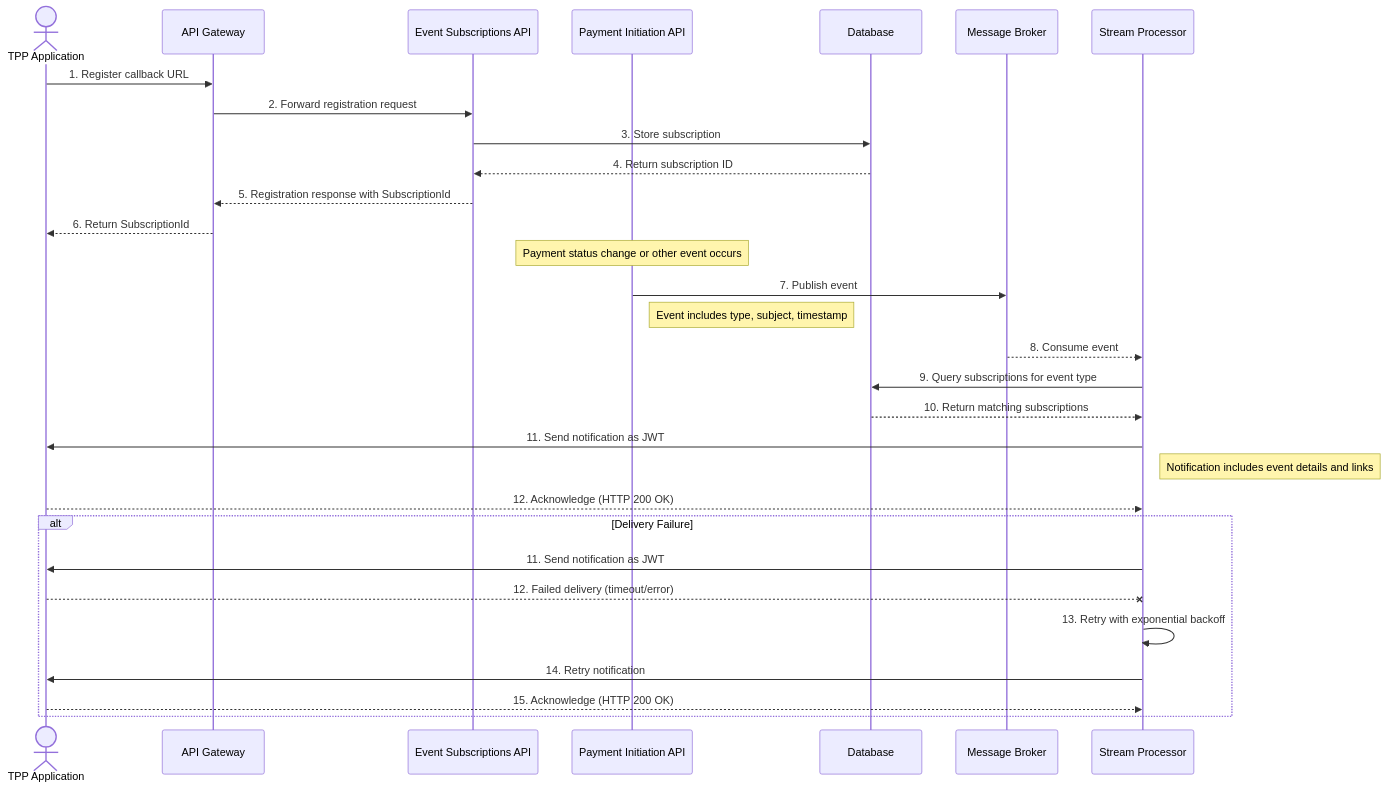
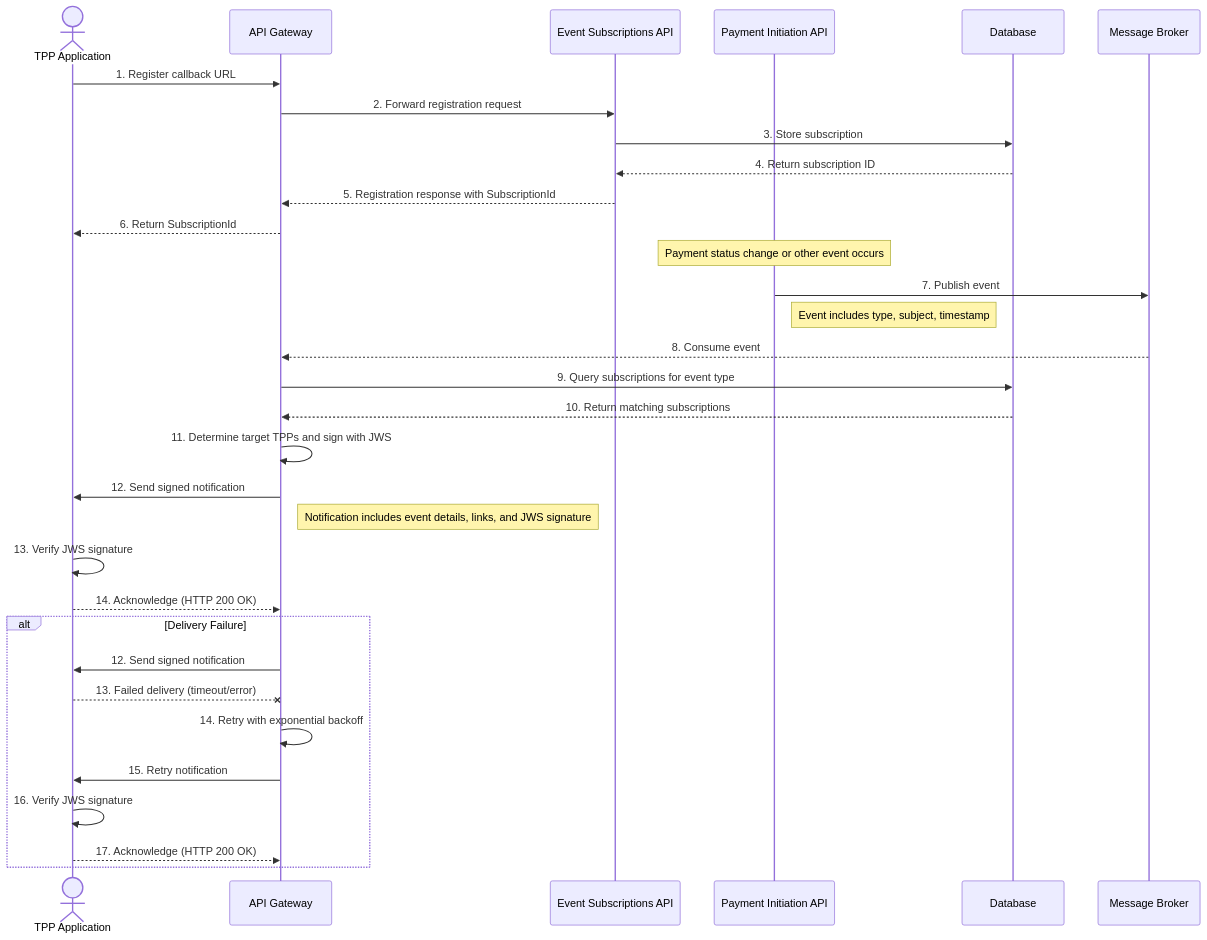
The diagram in docs/architecture-diagrams/event-notification-sequence-diagram.md (TykTechnologies/tyk-fapi), drawn with Mermaid before and after one commit. The commit also changed other lines of this file and 2 other files, not shown here.

````diff
--- a/docs/architecture-diagrams/event-notification-sequence-diagram.md
+++ b/docs/architecture-diagrams/event-notification-sequence-diagram.md
@@ -5,42 +5,44 @@
 ```mermaid
 sequenceDiagram
     actor TPP as TPP Application
     participant Gateway as API Gateway
     participant EventAPI as Event Subscriptions API
     participant PaymentAPI as Payment Initiation API
     participant DB as Database
     participant Kafka as Message Broker
-    participant Stream as Stream Processor
     
     %% Subscription Registration
     TPP->>Gateway: 1. Register callback URL
     Gateway->>EventAPI: 2. Forward registration request
     EventAPI->>DB: 3. Store subscription
     DB-->>EventAPI: 4. Return subscription ID
     EventAPI-->>Gateway: 5. Registration response with SubscriptionId
     Gateway-->>TPP: 6. Return SubscriptionId
     
     %% Event Generation
     Note over PaymentAPI: Payment status change or other event occurs
     PaymentAPI->>Kafka: 7. Publish event
     Note right of PaymentAPI: Event includes type, subject, timestamp
     
     %% Event Processing
-    Kafka-->>Stream: 8. Consume event
-    Stream->>DB: 9. Query subscriptions for event type
-    DB-->>Stream: 10. Return matching subscriptions
+    Kafka-->>Gateway: 8. Consume event
+    Gateway->>DB: 9. Query subscriptions for event type
+    DB-->>Gateway: 10. Return matching subscriptions
+    Gateway->>Gateway: 11. Determine target TPPs and sign with JWS
     
     %% Notification Delivery
-    Stream->>TPP: 11. Send notification as JWT
-    Note right of Stream: Notification includes event details and links
-    TPP-->>Stream: 12. Acknowledge (HTTP 200 OK)
+    Gateway->>TPP: 12. Send signed notification
+    Note right of Gateway: Notification includes event details, links, and JWS signature
+    TPP->>TPP: 13. Verify JWS signature
+    TPP-->>Gateway: 14. Acknowledge (HTTP 200 OK)
     
     %% Error Handling (Alternative Flow)
     alt Delivery Failure
-        Stream->>TPP: 11. Send notification as JWT
-        TPP--xStream: 12. Failed delivery (timeout/error)
-        Stream->>Stream: 13. Retry with exponential backoff
-        Stream->>TPP: 14. Retry notification
-        TPP-->>Stream: 15. Acknowledge (HTTP 200 OK)
+        Gateway->>TPP: 12. Send signed notification
+        TPP--xGateway: 13. Failed delivery (timeout/error)
+        Gateway->>Gateway: 14. Retry with exponential backoff
+        Gateway->>TPP: 15. Retry notification
+        TPP->>TPP: 16. Verify JWS signature
+        TPP-->>Gateway: 17. Acknowledge (HTTP 200 OK)
     end
 ```
````
